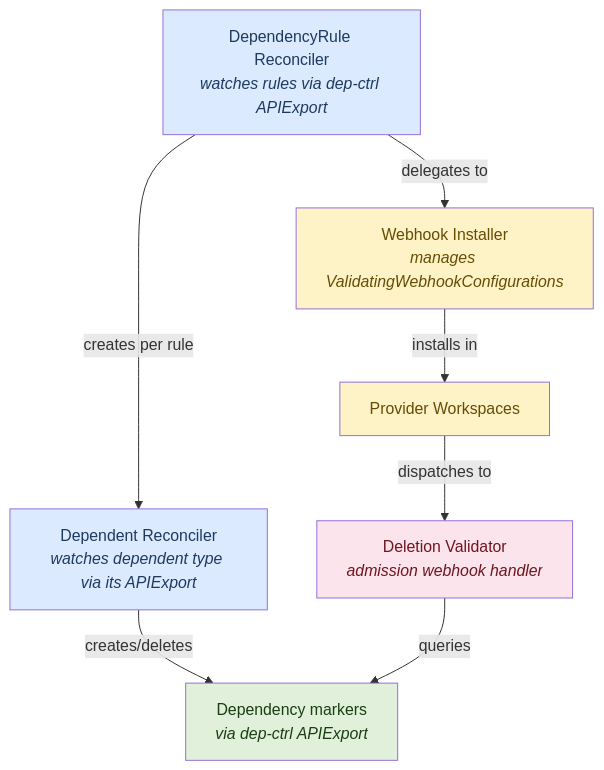
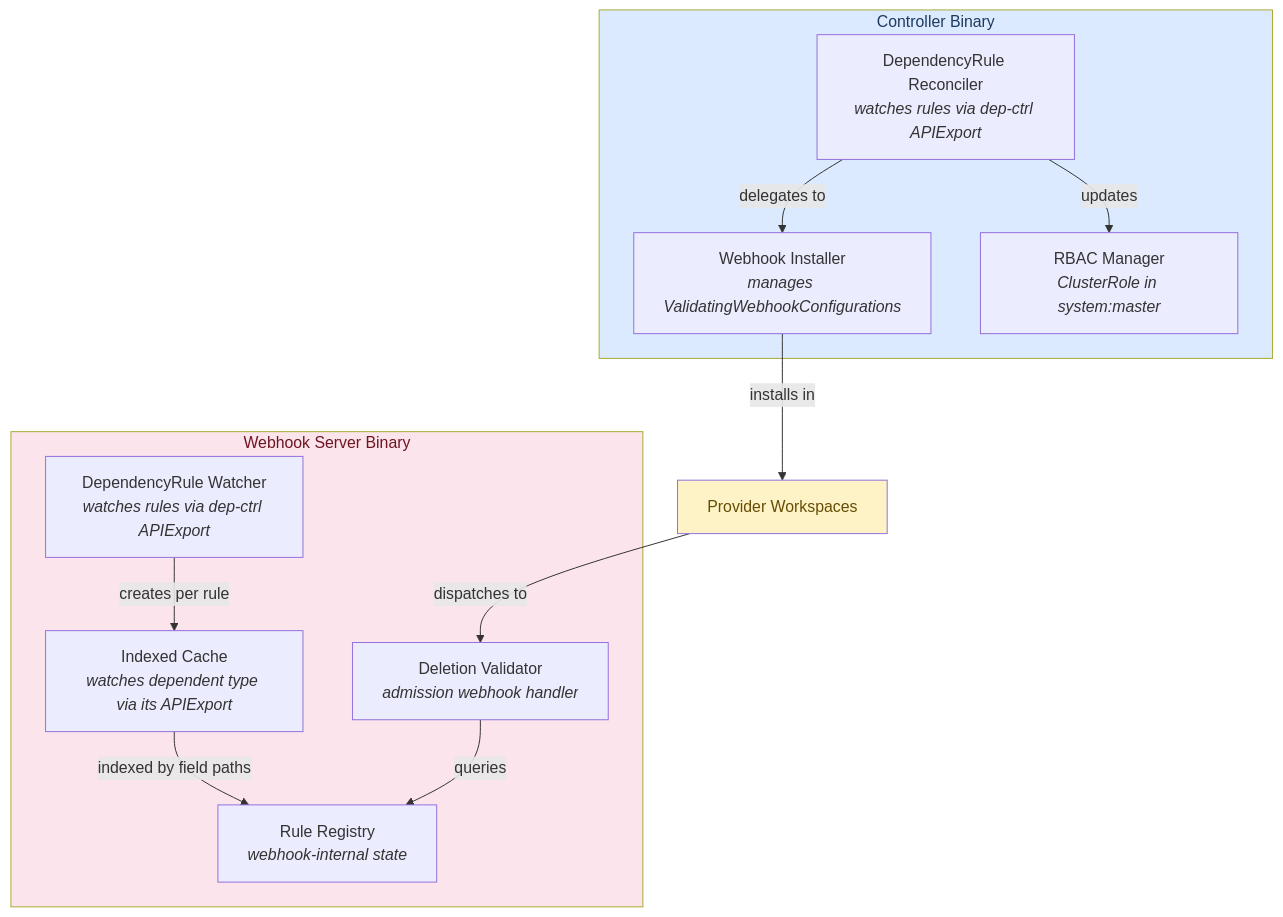
One commit to opendefensecloud/dependency-controller changed the second of 4 diagrams in docs/architecture.md. Above: the diagram before and after it, drawn with Mermaid. The commit also changed other lines of this file and 19 other files, not shown here.

Commit message:
refactor code to not use Dependency object but evaluate rules dynamically

````diff
--- a/docs/architecture.md
+++ b/docs/architecture.md
@@ -78,17 +89,23 @@
 ```mermaid
 flowchart TD
-    DR["DependencyRule Reconciler<br/><i>watches rules via dep-ctrl APIExport</i>"]
-    DR -->|"creates per rule"| DW["Dependent Reconciler<br/><i>watches dependent type via its APIExport</i>"]
-    DR -->|delegates to| WI["Webhook Installer<br/><i>manages ValidatingWebhookConfigurations</i>"]
-    DW -->|"creates/deletes"| DEP["Dependency markers<br/><i>via dep-ctrl APIExport</i>"]
+    subgraph Controller["Controller Binary"]
+        DR["DependencyRule Reconciler<br/><i>watches rules via dep-ctrl APIExport</i>"]
+        DR -->|delegates to| WI["Webhook Installer<br/><i>manages ValidatingWebhookConfigurations</i>"]
+        DR -->|updates| RBAC["RBAC Manager<br/><i>ClusterRole in system:master</i>"]
+    end
+
+    subgraph Webhook["Webhook Server Binary"]
+        RW["DependencyRule Watcher<br/><i>watches rules via dep-ctrl APIExport</i>"]
+        RW -->|"creates per rule"| IC["Indexed Cache<br/><i>watches dependent type via its APIExport</i>"]
+        IC -->|"indexed by field paths"| RR["Rule Registry<br/><i>webhook-internal state</i>"]
+        DV["Deletion Validator<br/><i>admission webhook handler</i>"]
+        DV -->|"queries"| RR
+    end
+
     WI -->|"installs in"| PW["Provider Workspaces"]
-    PW -->|"dispatches to"| DV["Deletion Validator<br/><i>admission webhook handler</i>"]
-    DV -->|"queries"| DEP
+    PW -->|"dispatches to"| DV
 
-    style DR fill:#dbeafe,color:#1e3a5f
-    style DW fill:#dbeafe,color:#1e3a5f
-    style WI fill:#fef3c7,color:#664d03
-    style DEP fill:#e1f0da,color:#1a3e12
+    style Controller fill:#dbeafe,color:#1e3a5f
+    style Webhook fill:#fce4ec,color:#6e1520
     style PW fill:#fef3c7,color:#664d03
-    style DV fill:#fce4ec,color:#6e1520
 ```
````
